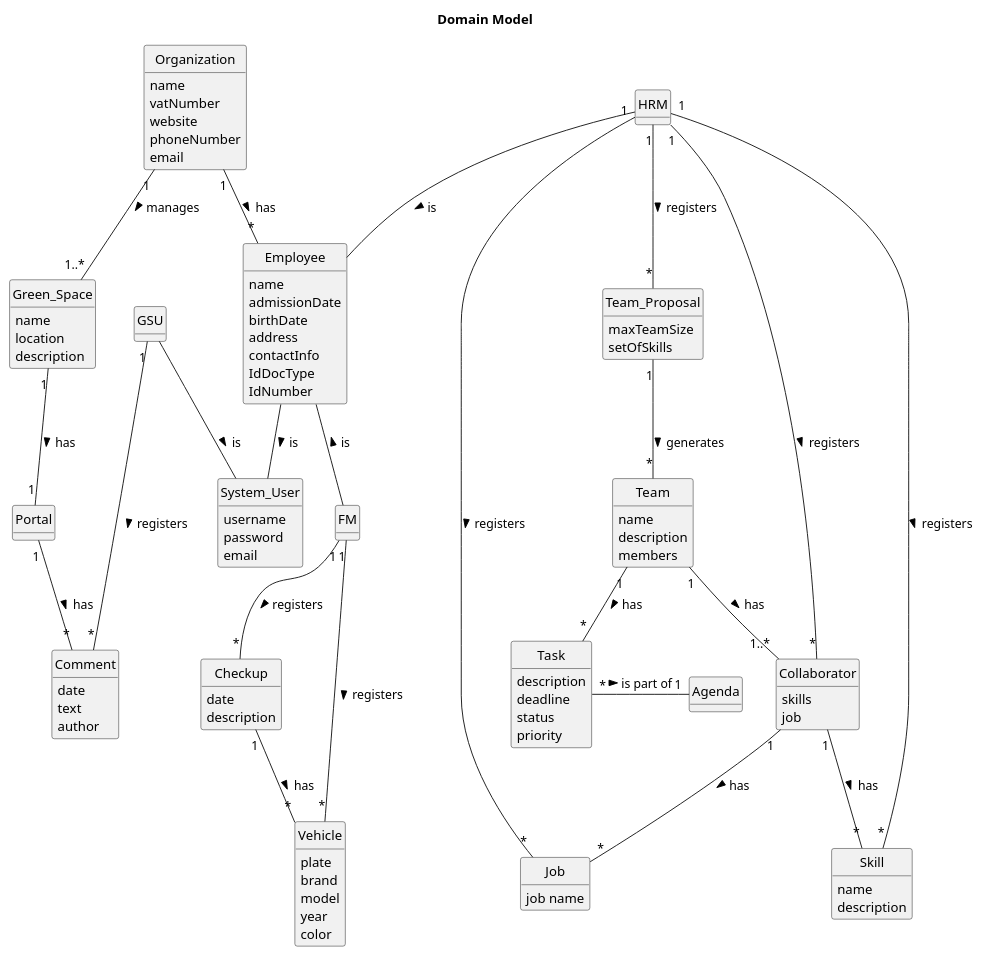
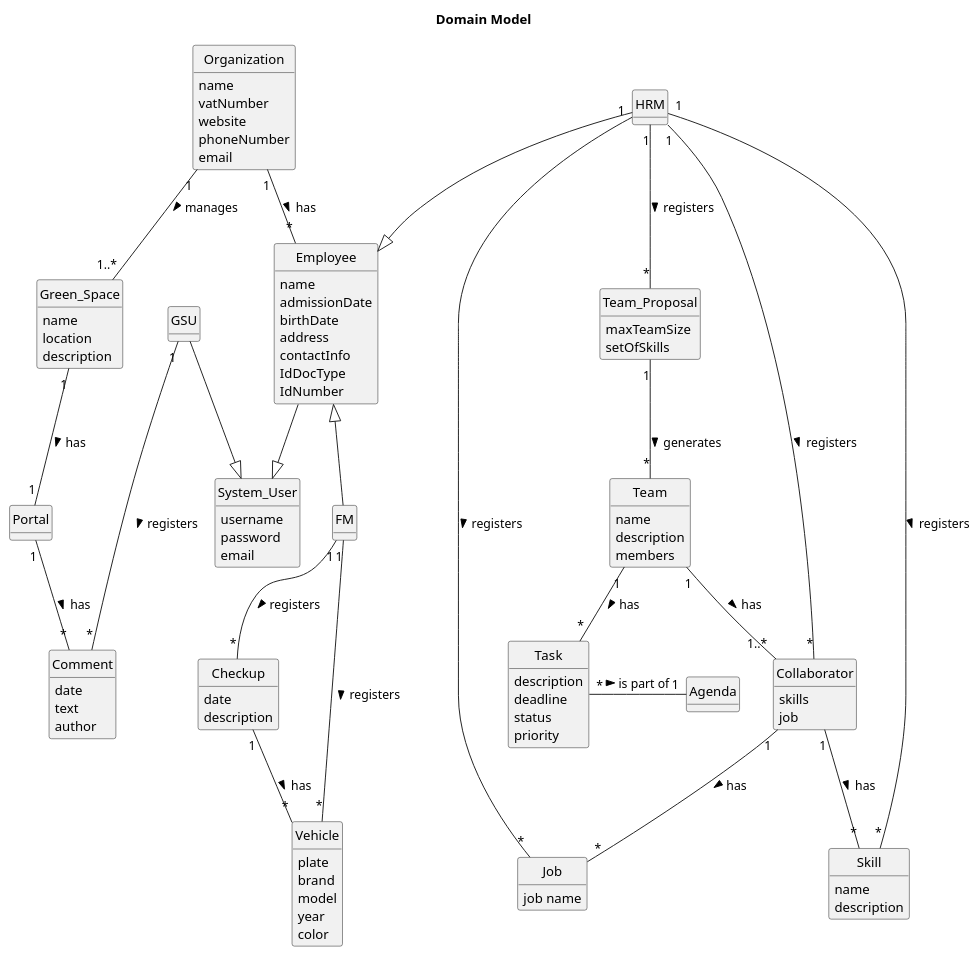
The diagram in docs/sprintA/global-artifacts/02.analysis/puml/project-domain-model.puml (Rui-San/LAPR2_2023_2024), drawn with PlantUML before and after one commit. The commit also changed 1 other file, not shown here.

```diff
--- a/docs/sprintA/global-artifacts/02.analysis/puml/project-domain-model.puml
+++ b/docs/sprintA/global-artifacts/02.analysis/puml/project-domain-model.puml
@@ -1,137 +1,137 @@
 @startuml
 skinparam monochrome true
 skinparam packageStyle rectangle
 skinparam shadowing false
 'skinparam linetype ortho
 'left to right direction
 skinparam classAttributeIconSize 0
 hide circle
 hide methods
 
 title Domain Model
 
 class Organization {
     name
     vatNumber
     website
     phoneNumber
     email
 }
 
 class Employee {
     name
     admissionDate
     birthDate
     address
     contactInfo
     IdDocType
     IdNumber
 }
 
 class HRM{
 
 }
 
 class FM{
 
 }
 
 class Collaborator{
     skills
     job
 }
 
 class Skill{
     name
     description
 }
 
 class Job{
     job name
 }
 
 class Vehicle{
     plate
     brand
     model
     year
     color
 }
 
 class Checkup{
     date
     description
 }
 
 class Team_Proposal{
     maxTeamSize
     setOfSkills
 }
 
 class Team{
     name
     description
     members
 }
 
 class Agenda{
 
 }
 
 class Task{
     description
     deadline
     status
     priority
 }
 
 class System_User{
     username
     password
     email
 }
 
 class GSU{
 
 }
 
 class Portal{
 
 }
 
 class Comment{
     date
     text
     author
 }
 
 class Green_Space{
     name
     location
     description
 }
 
 Organization "1" -- "1..*" Green_Space : "manages >"
 Green_Space "1" -- "1" Portal : "has >"
-GSU -- System_User : "is >"
-Employee -- System_User : "is >"
+GSU --|> System_User
+Employee --|> System_User
 Organization "1" -- "*" Employee : "has >"
-HRM -- Employee : "is >"
-FM --up Employee : "is >"
+HRM --|> Employee
+FM --up|> Employee
 HRM "1" -- "*" Job : "registers >"
 HRM "1" -- "*" Collaborator : "registers >"
 HRM "1" -- "*" Skill : "registers >"
 Collaborator "1" -- "*" Skill : "has >"
 Collaborator "1" -- "*" Job : "has >"
 Checkup "1" -- "*" Vehicle : "has >"
 FM "1" -- "*" Vehicle : "registers >"
 FM "1" -- "*" Checkup : "registers >"
 HRM "1" -- "*" Team_Proposal : "registers >"
 Task "*" --right "1" Agenda : "is part of >"
 Team "1" -- "*" Task : "has >"
 Portal "1" -- "*" Comment : "has >"
 GSU "1" -- "*" Comment : "registers >"
 Team_Proposal "1" -- "*" Team : "generates >"
 Team "1" -- "1..*" Collaborator : "has >"
 
 @enduml
```
